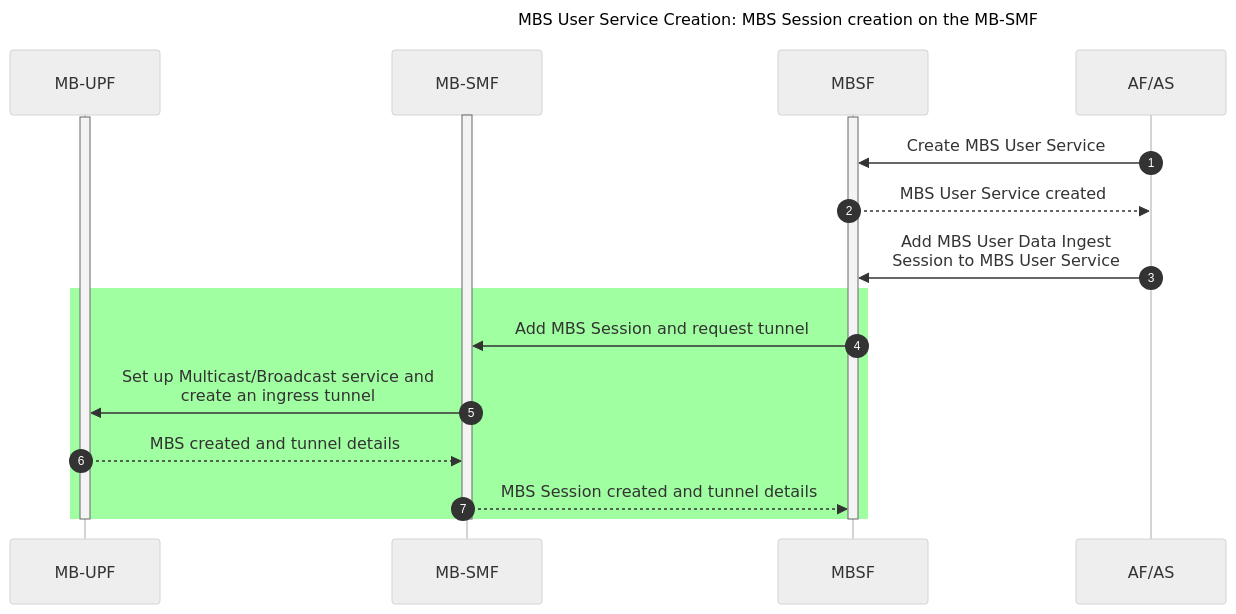
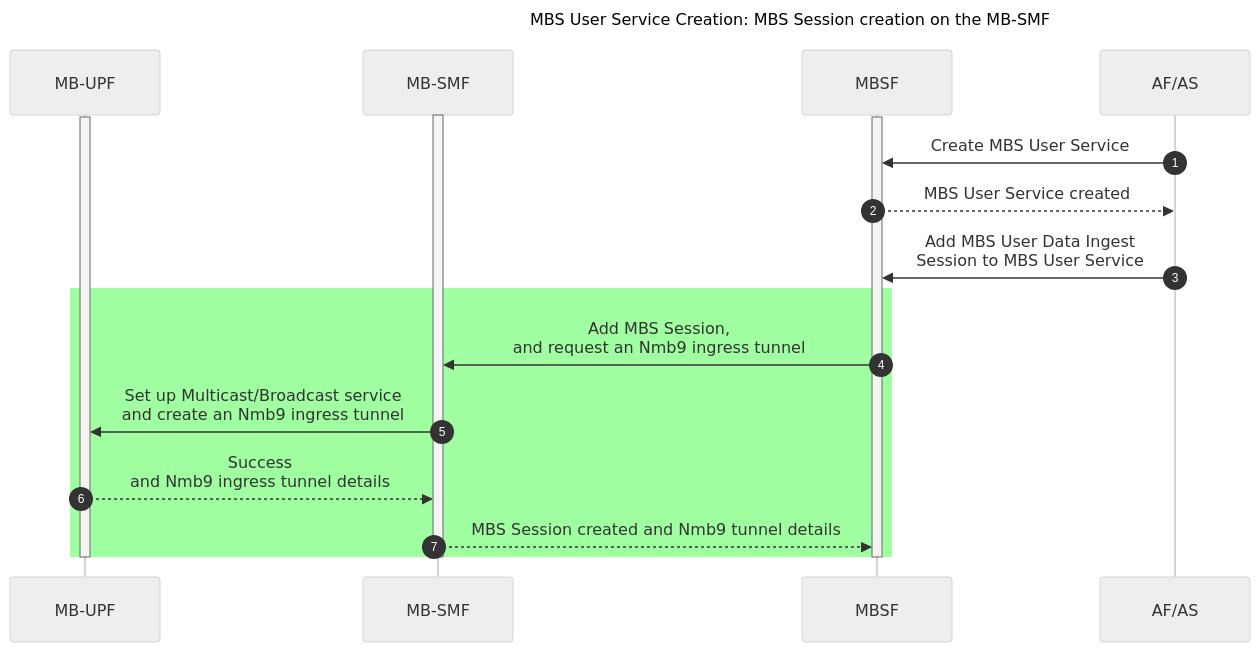
Before and after one commit to 5G-MAG/Getting-Started: the second of 6 diagrams in pages/5g-multicast-broadcast-services/tutorials/mbstf.md, drawn with Mermaid (neutral theme). The commit also changed other lines of this file and 3 other files, not shown here.

````diff
--- a/pages/5g-multicast-broadcast-services/tutorials/mbstf.md
+++ b/pages/5g-multicast-broadcast-services/tutorials/mbstf.md
@@ -85,31 +85,31 @@
 ```mermaid
 ---
 title: "MBS User Service Creation: MBS Session creation on the MB-SMF"
 config:
   sequence:
     showSequenceNumbers: true
 ---
 sequenceDiagram
   participant MBUPF as MB-UPF
   participant MBSMF as MB-SMF
   participant MBSF
   participant AP as AF/AS
 
   activate MBSMF
   activate MBUPF
   activate MBSF
 
   AP->>MBSF : Create MBS User Service
   MBSF-->>AP : MBS User Service created
   AP->>MBSF : Add MBS User Data Ingest<br/>Session to MBS User Service
   rect rgb(160, 255, 160)
-    MBSF->>MBSMF : Add MBS Session and request tunnel
-    MBSMF->>MBUPF : Set up Multicast/Broadcast service and<br/>create an ingress tunnel
-    MBUPF-->>MBSMF : MBS created and tunnel details
-    MBSMF-->>MBSF : MBS Session created and tunnel details
+    MBSF->>MBSMF : Add MBS Session,<br/>and request an Nmb9 ingress tunnel
+    MBSMF->>MBUPF : Set up Multicast/Broadcast service<br/>and create an Nmb9 ingress tunnel
+    MBUPF-->>MBSMF : Success<br/>and Nmb9 ingress tunnel details
+    MBSMF-->>MBSF : MBS Session created and Nmb9 tunnel details
   end
 
   deactivate MBSF
   deactivate MBSMF
   deactivate MBUPF
 ```
````
